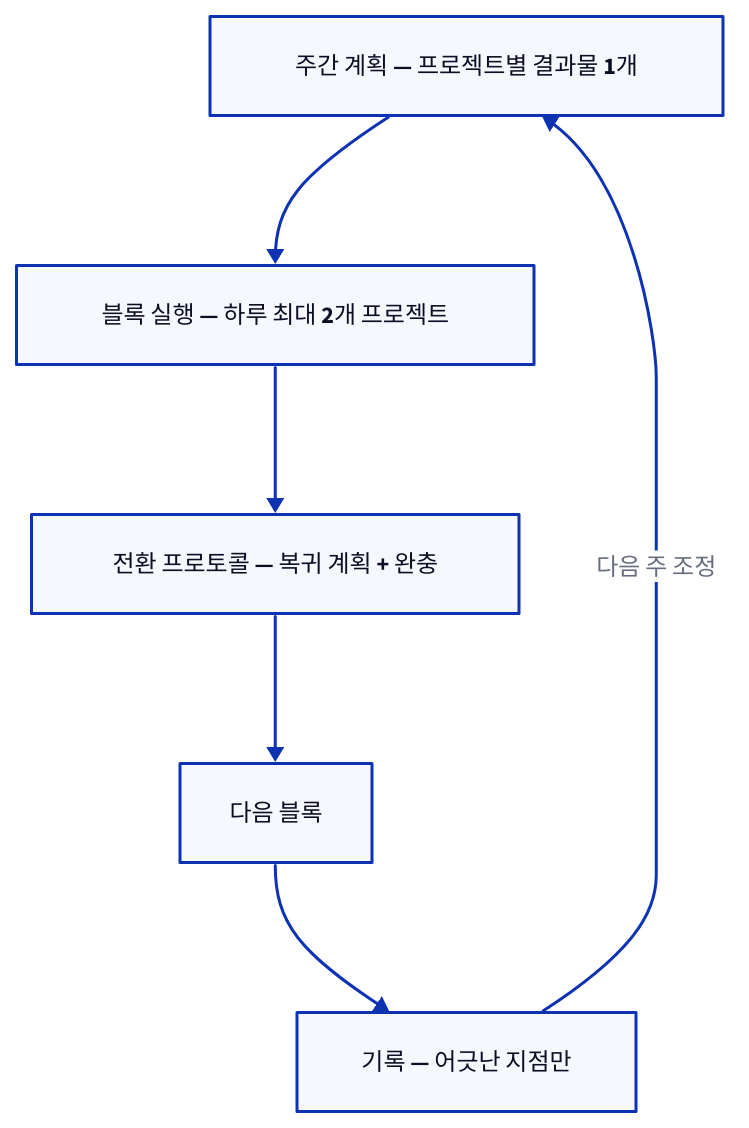
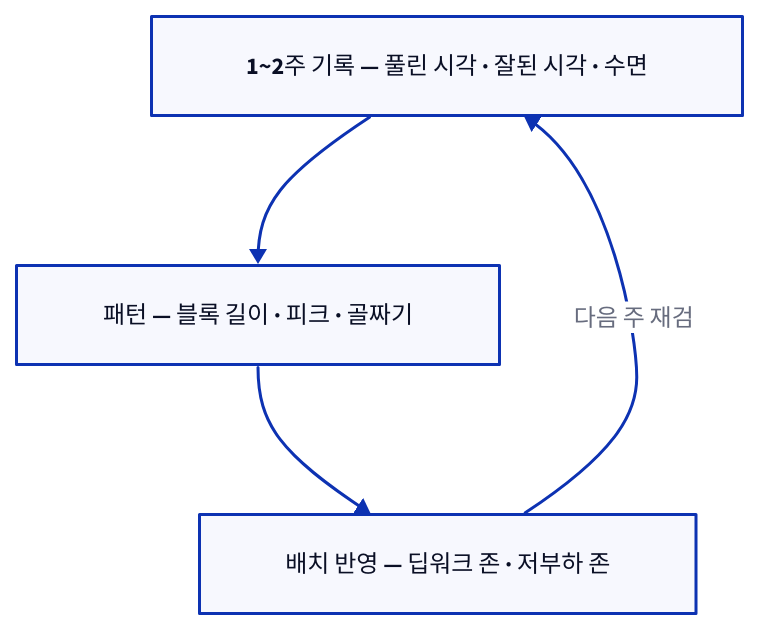
The diagram in content/time-management/daily-rhythm.md (IndiaInk10/nobodxyz-brain), drawn with D2 before and after one commit. The commit also changed other lines of this file and 6 other files, not shown here.

````diff
--- a/content/time-management/daily-rhythm.md
+++ b/content/time-management/daily-rhythm.md
@@ -65,10 +66,8 @@
 ```d2
 direction: down
-w: "주간 계획 — 프로젝트별 결과물 1개"
-b1: "블록 실행 — 하루 최대 2개 프로젝트"
-t: "전환 프로토콜 — 복귀 계획 + 완충" { class: good }
-b2: "다음 블록"
-log: "기록 — 어긋난 지점만" { class: muted }
-w -> b1 -> t -> b2 -> log
-log -> w: "다음 주 조정" { class: accent }
+obs: "1~2주 기록 — 풀린 시각 · 잘된 시각 · 수면"
+pat: "패턴 — 블록 길이 · 피크 · 골짜기" { class: accent }
+apply: "배치 반영 — 딥워크 존 · 저부하 존" { class: good }
+obs -> pat -> apply
+apply -> obs: "다음 주 재검" { class: muted }
 ```
````
